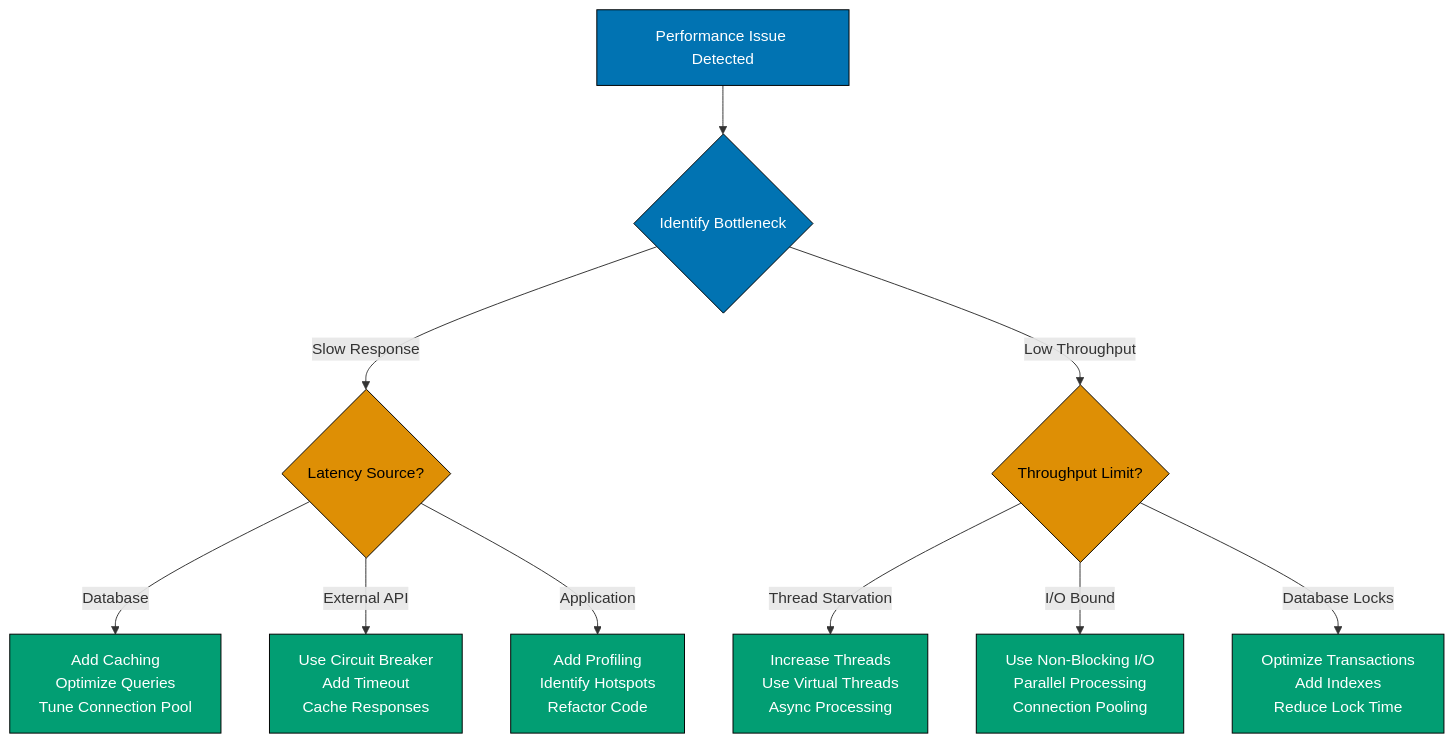
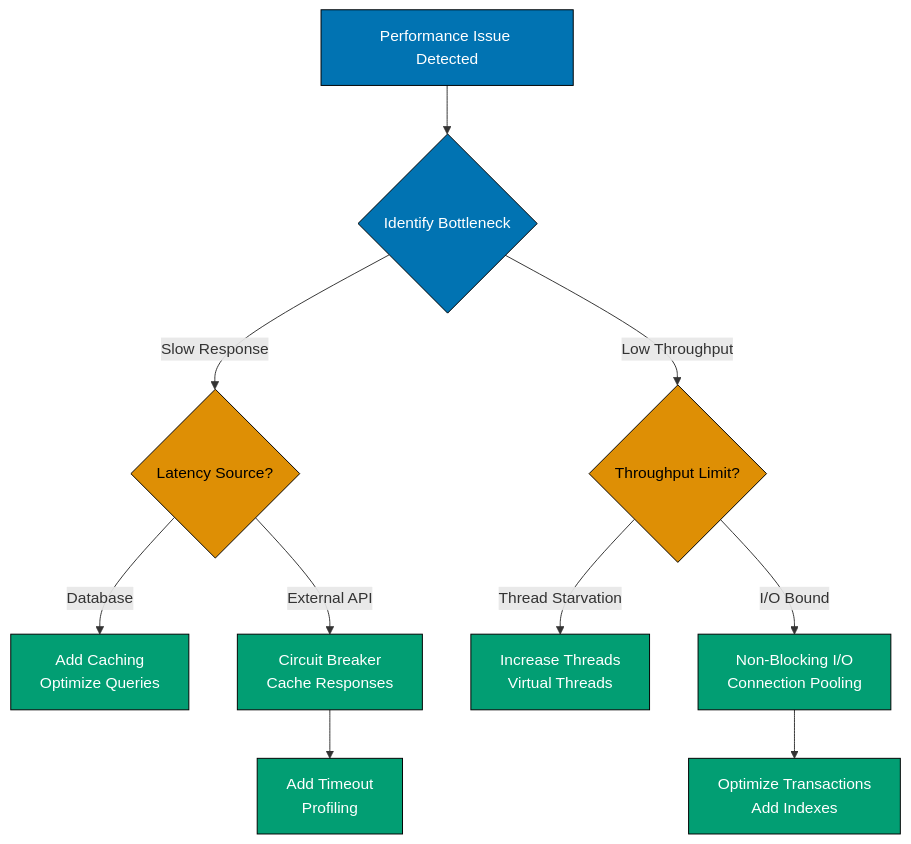
One commit to wahidyankf/ose-primer changed the second of 2 diagrams in docs/explanation/software-engineering/platform-web/tools/jvm-spring-boot/performance.md. Above: the diagram before and after it, drawn with Mermaid. The commit also changed other lines of this file and 86 other files, not shown here.

````diff
--- a/docs/explanation/software-engineering/platform-web/tools/jvm-spring-boot/performance.md
+++ b/docs/explanation/software-engineering/platform-web/tools/jvm-spring-boot/performance.md
@@ -88,27 +88,27 @@
 ```mermaid
 %% Color Palette: Blue #0173B2, Orange #DE8F05, Teal #029E73, Purple #CC78BC
 %% All colors are color-blind friendly and meet WCAG AA contrast standards
 graph TD
     A[Performance Issue Detected] --> B{Identify Bottleneck}
     B -->|Slow Response| E{Latency Source?}
     B -->|Low Throughput| F{Throughput Limit?}
 
-    E -->|Database| K[Add Caching<br/>Optimize Queries<br/>Tune Connection Pool]
-    E -->|External API| L[Use Circuit Breaker<br/>Add Timeout<br/>Cache Responses]
-    E -->|Application| M[Add Profiling<br/>Identify Hotspots<br/>Refactor Code]
+    E -->|Database| K[Add Caching<br/>Optimize Queries]
+    E -->|External API| L[Circuit Breaker<br/>Cache Responses]
+    L --> M[Add Timeout<br/>Profiling]
 
-    F -->|Thread Starvation| N[Increase Threads<br/>Use Virtual Threads<br/>Async Processing]
-    F -->|I/O Bound| O[Use Non-Blocking I/O<br/>Parallel Processing<br/>Connection Pooling]
-    F -->|Database Locks| P[Optimize Transactions<br/>Add Indexes<br/>Reduce Lock Time]
+    F -->|Thread Starvation| N[Increase Threads<br/>Virtual Threads]
+    F -->|I/O Bound| O[Non-Blocking I/O<br/>Connection Pooling]
+    O --> P[Optimize Transactions<br/>Add Indexes]
 
     style A fill:#0173B2,stroke:#000,color:#fff
     style B fill:#0173B2,stroke:#000,color:#fff
     style E fill:#DE8F05,stroke:#000,color:#000
     style F fill:#DE8F05,stroke:#000,color:#000
     style K fill:#029E73,stroke:#000,color:#fff
     style L fill:#029E73,stroke:#000,color:#fff
     style M fill:#029E73,stroke:#000,color:#fff
     style N fill:#029E73,stroke:#000,color:#fff
     style O fill:#029E73,stroke:#000,color:#fff
     style P fill:#029E73,stroke:#000,color:#fff
 ```
````
